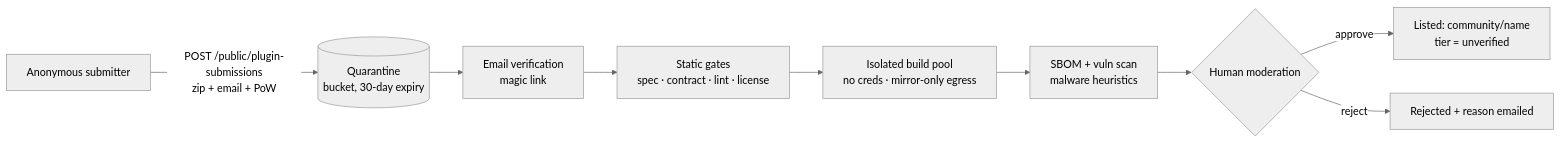
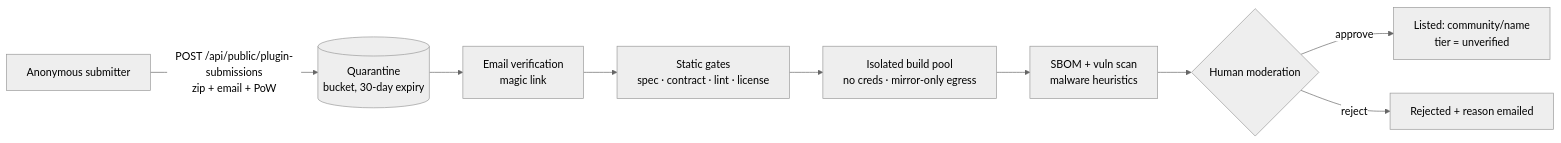
The first of 2 diagrams in docs/plans/plugin-ecosystem.md (mwashburn160/pipeline-builder), drawn with Mermaid (neutral theme) before and after one commit. The commit also changed other lines of this file and 1071 other files, not shown here.

````diff
--- a/docs/plans/plugin-ecosystem.md
+++ b/docs/plans/plugin-ecosystem.md
@@ -413,11 +572,11 @@
 ```mermaid
 flowchart LR
-  A[Anonymous submitter] -->|POST /public/plugin-submissions<br/>zip + email + PoW| Q[(Quarantine<br/>bucket, 30-day expiry)]
+  A[Anonymous submitter] -->|POST /api/public/plugin-submissions<br/>zip + email + PoW| Q[(Quarantine<br/>bucket, 30-day expiry)]
   Q --> V[Email verification<br/>magic link]
   V --> G1[Static gates<br/>spec · contract · lint · license]
   G1 --> B[Isolated build pool<br/>no creds · mirror-only egress]
   B --> G2[SBOM + vuln scan<br/>malware heuristics]
   G2 --> M{Human moderation}
   M -->|approve| P[Listed: community/name<br/>tier = unverified]
   M -->|reject| R[Rejected + reason emailed]
 ```
````
